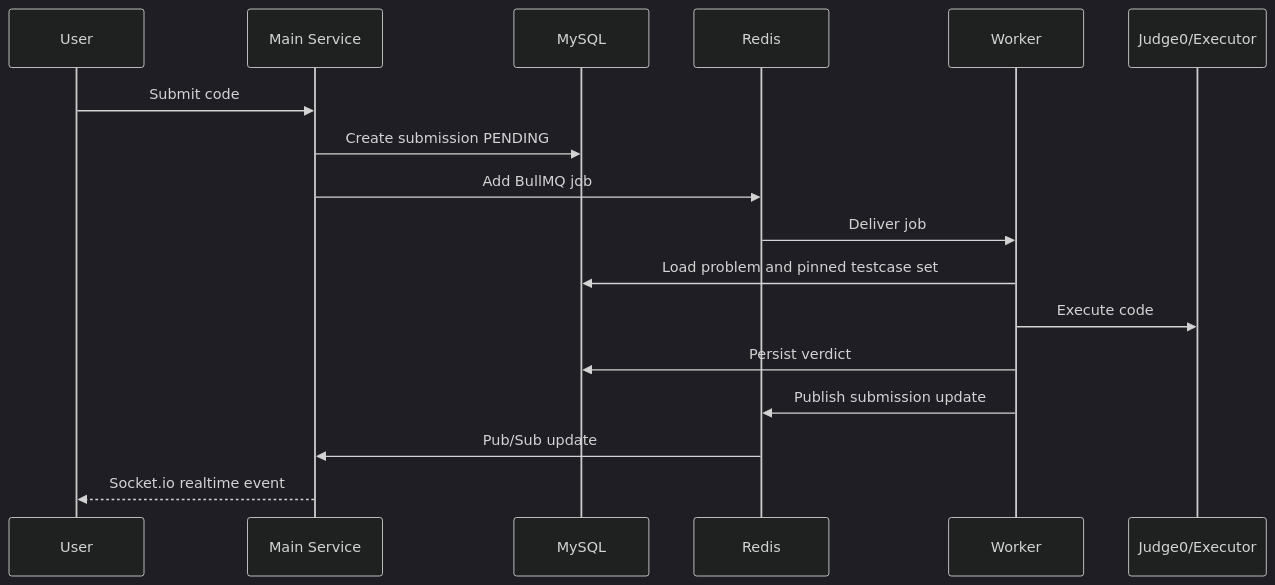
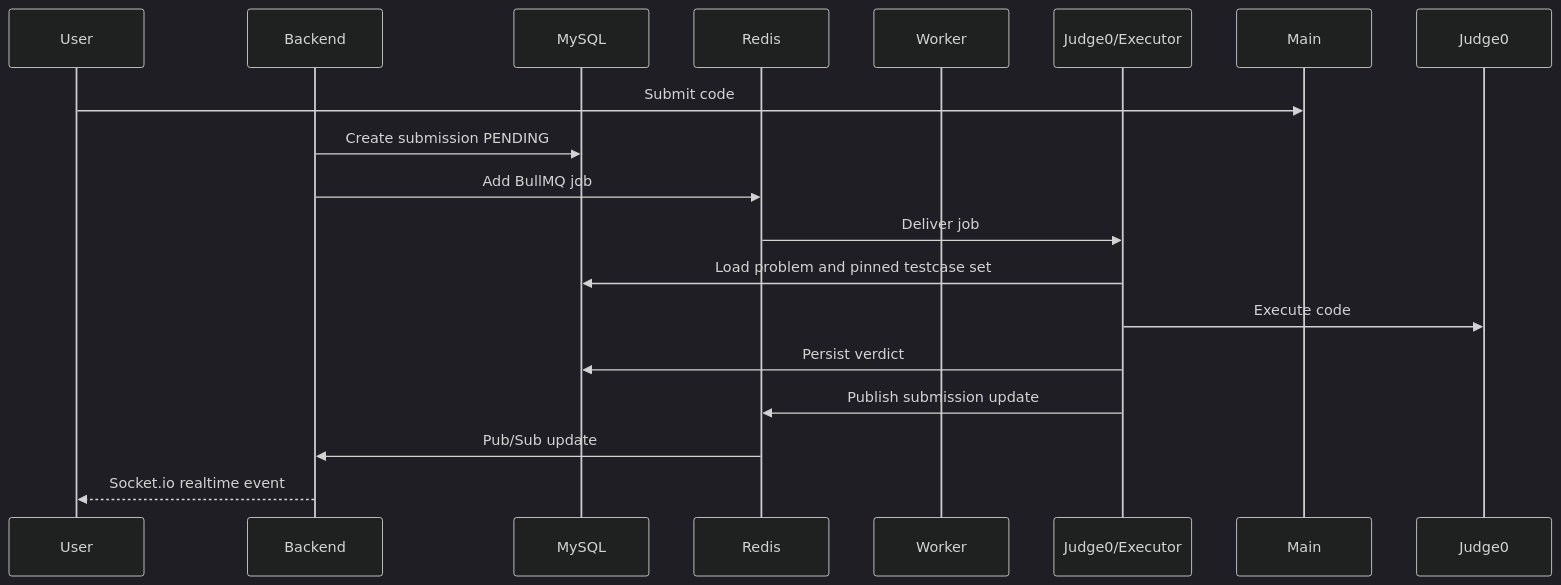
The diagram in README.md (jack1e2401/fessior), drawn with Mermaid (dark theme) before and after one commit. The commit also changed other lines of this file and 202 other files, not shown here.

````diff
--- a/README.md
+++ b/README.md
@@ -64,20 +64,20 @@
 ```mermaid
 sequenceDiagram
     participant User
-    participant Main as Main Service
+    participant Backend
     participant MySQL
     participant Redis
     participant Worker
     participant Judge as Judge0/Executor
 
     User->>Main: Submit code
-    Main->>MySQL: Create submission PENDING
-    Main->>Redis: Add BullMQ job
-    Redis->>Worker: Deliver job
-    Worker->>MySQL: Load problem and pinned testcase set
-    Worker->>Judge: Execute code
-    Worker->>MySQL: Persist verdict
-    Worker->>Redis: Publish submission update
-    Redis->>Main: Pub/Sub update
-    Main-->>User: Socket.io realtime event
+    Backend->>MySQL: Create submission PENDING
+    Backend->>Redis: Add BullMQ job
+    Redis->>Judge: Deliver job
+    Judge->>MySQL: Load problem and pinned testcase set
+    Judge->>Judge0: Execute code
+    Judge->>MySQL: Persist verdict
+    Judge->>Redis: Publish submission update
+    Redis->>Backend: Pub/Sub update
+    Backend-->>User: Socket.io realtime event
 ```
````
